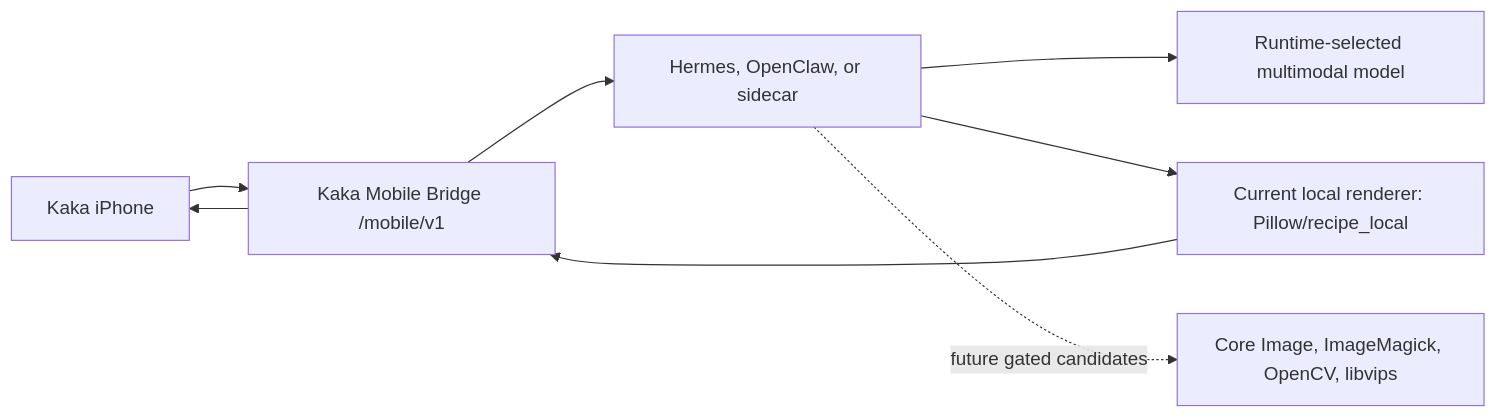
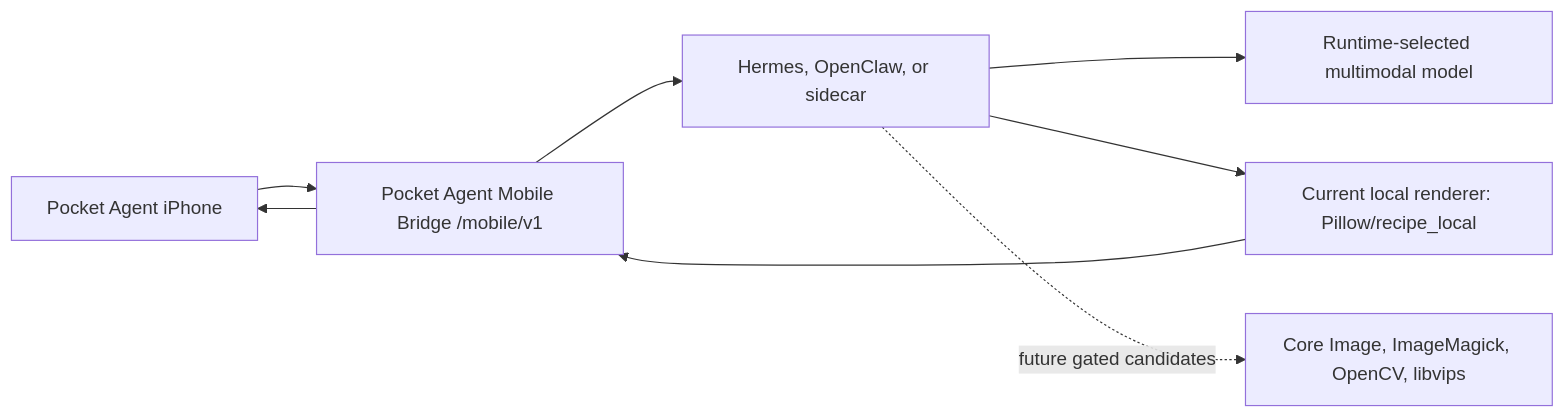
One commit to MightyKartz/kaka changed the diagram in docs/kaka-runtime-kit-plan.md. Above: the diagram before and after it, drawn with Mermaid. The commit also changed other lines of this file and 193 other files, not shown here.

Commit message:
Refine local agent lens UI and bridge flows

````diff
--- a/docs/kaka-runtime-kit-plan.md
+++ b/docs/kaka-runtime-kit-plan.md
@@ -283,10 +283,10 @@
 ```mermaid
 flowchart LR
-  Phone["Kaka iPhone"] --> Bridge["Kaka Mobile Bridge /mobile/v1"]
+  Phone["Pocket Agent iPhone"] --> Bridge["Pocket Agent Mobile Bridge /mobile/v1"]
   Bridge --> Runtime["Hermes, OpenClaw, or sidecar"]
   Runtime --> Model["Runtime-selected multimodal model"]
   Runtime --> Renderer["Current local renderer: Pillow/recipe_local"]
   Runtime -. "future gated candidates" .-> FutureRenderers["Core Image, ImageMagick, OpenCV, libvips"]
   Renderer --> Bridge
   Bridge --> Phone
 ```
````
